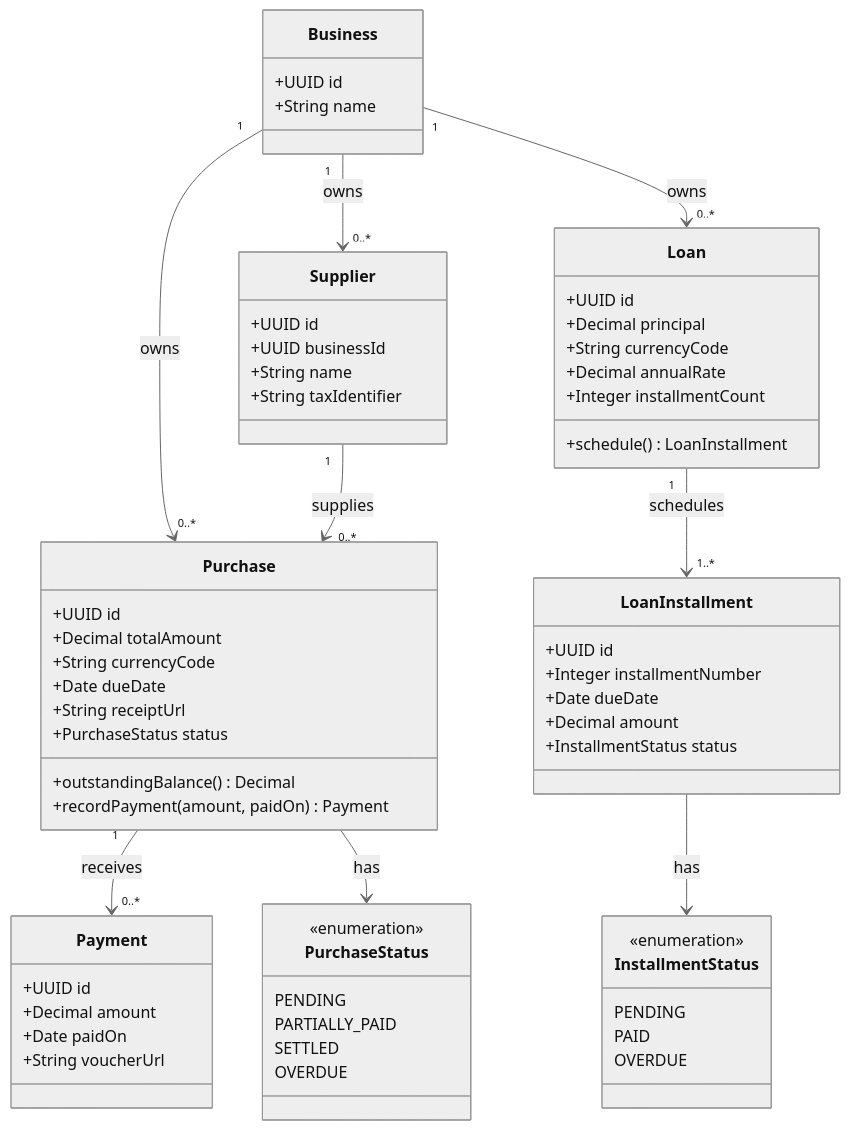
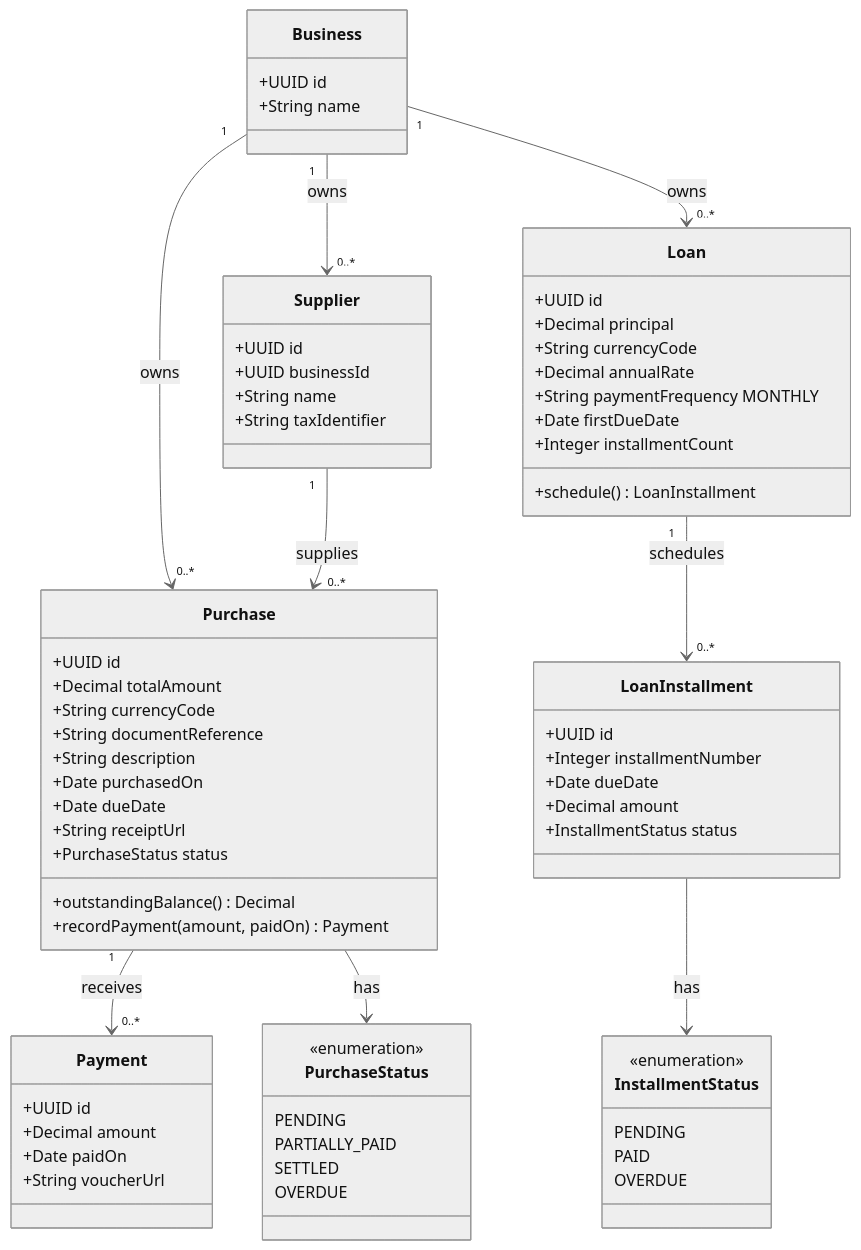
Before and after one commit to Grupo-Desarrollo-Aplicaciones-Web/upc-project-report: the diagram in assets/architecture/class-diagram.mmd, drawn with Mermaid (neutral theme). The commit also changed 27 other files, not shown here.

Commit message:
docs(architecture): align frontend containers classes and database

```diff
--- a/assets/architecture/class-diagram.mmd
+++ b/assets/architecture/class-diagram.mmd
@@ -1,63 +1,68 @@
 classDiagram
   class Business {
     +UUID id
     +String name
   }
   class Supplier {
     +UUID id
     +UUID businessId
     +String name
     +String taxIdentifier
   }
   class Purchase {
     +UUID id
     +Decimal totalAmount
     +String currencyCode
+    +String documentReference
+    +String description
+    +Date purchasedOn
     +Date dueDate
     +String receiptUrl
     +PurchaseStatus status
     +outstandingBalance() Decimal
     +recordPayment(amount, paidOn) Payment
   }
   class Payment {
     +UUID id
     +Decimal amount
     +Date paidOn
     +String voucherUrl
   }
   class Loan {
     +UUID id
     +Decimal principal
     +String currencyCode
     +Decimal annualRate
+    +String paymentFrequency MONTHLY
+    +Date firstDueDate
     +Integer installmentCount
     +schedule() LoanInstallment
   }
   class LoanInstallment {
     +UUID id
     +Integer installmentNumber
     +Date dueDate
     +Decimal amount
     +InstallmentStatus status
   }
   class PurchaseStatus {
     <<enumeration>>
     PENDING
     PARTIALLY_PAID
     SETTLED
     OVERDUE
   }
   class InstallmentStatus {
     <<enumeration>>
     PENDING
     PAID
     OVERDUE
   }
   Business "1" --> "0..*" Supplier : owns
   Business "1" --> "0..*" Purchase : owns
   Business "1" --> "0..*" Loan : owns
   Supplier "1" --> "0..*" Purchase : supplies
   Purchase "1" --> "0..*" Payment : receives
-  Loan "1" --> "1..*" LoanInstallment : schedules
+  Loan "1" --> "0..*" LoanInstallment : schedules
   Purchase --> PurchaseStatus : has
   LoanInstallment --> InstallmentStatus : has
```
